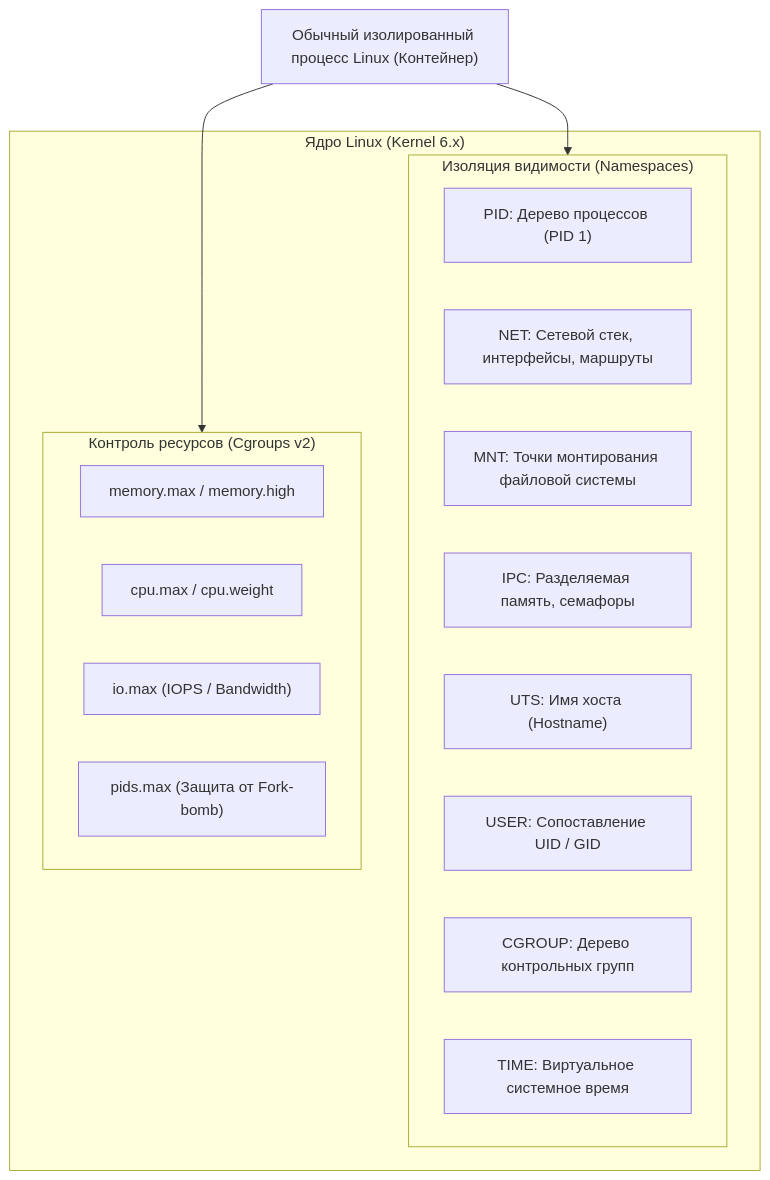
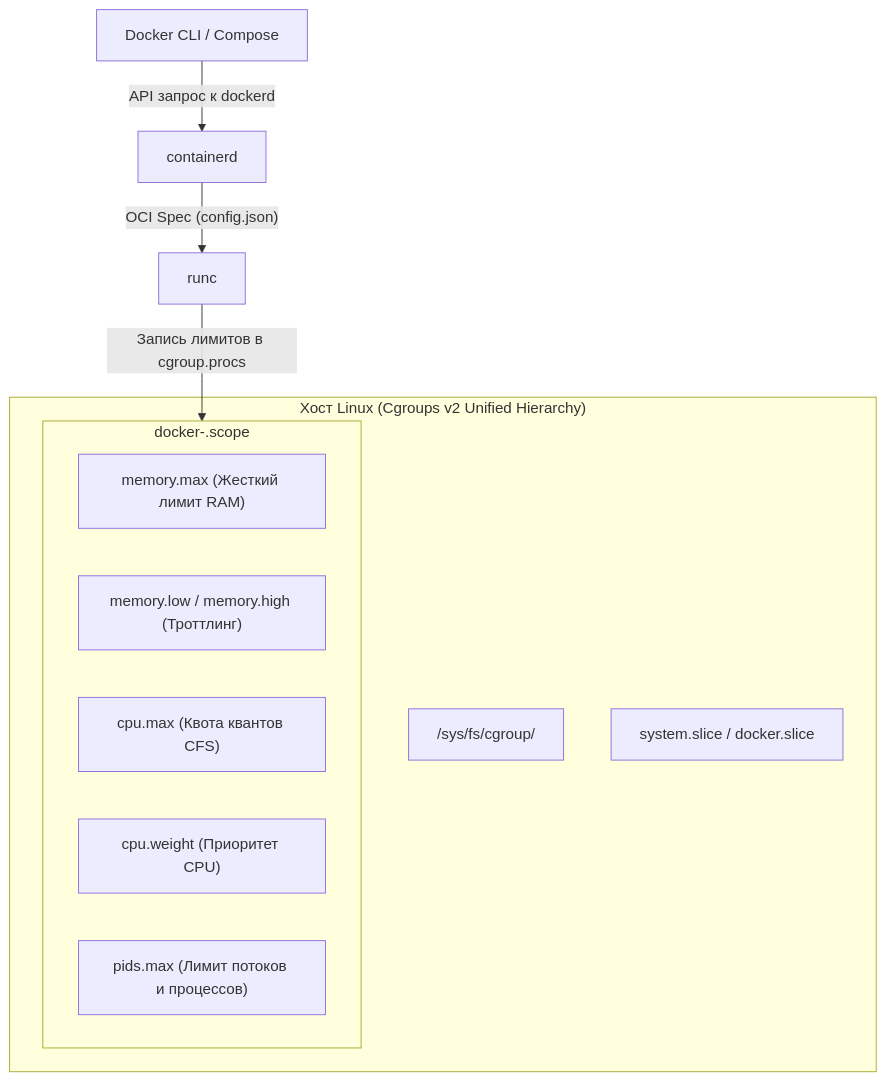
Before and after one commit to AndreyJVM/portfolio-service: the first of 2 diagrams in content/courses/docker-resources/01-cgroups-v2-memory-and-cpu-limits.md, drawn with Mermaid. The commit also changed other lines of this file and 5 other files, not shown here.

````diff
--- a/content/courses/docker-resources/01-cgroups-v2-memory-and-cpu-limits.md
+++ b/content/courses/docker-resources/01-cgroups-v2-memory-and-cpu-limits.md
@@ -24,25 +29,19 @@
 ```mermaid
 flowchart TD
-    subgraph Kernel["Ядро Linux (Kernel 6.x)"]
-        subgraph Namespaces["Изоляция видимости (Namespaces)"]
-            PID["PID: Дерево процессов (PID 1)"]
-            NET["NET: Сетевой стек, интерфейсы, маршруты"]
-            MNT["MNT: Точки монтирования файловой системы"]
-            IPC["IPC: Разделяемая память, семафоры"]
-            UTS["UTS: Имя хоста (Hostname)"]
-            USER["USER: Сопоставление UID / GID"]
-            CGROUP["CGROUP: Дерево контрольных групп"]
-            TIME["TIME: Виртуальное системное время"]
-        end
+    subgraph Host["Хост Linux (Cgroups v2 Unified Hierarchy)"]
+        SysRoot["/sys/fs/cgroup/"]
+        Slice["system.slice / docker.slice"]
         
-        subgraph Cgroups["Контроль ресурсов (Cgroups v2)"]
-            Mem["memory.max / memory.high"]
-            Cpu["cpu.max / cpu.weight"]
-            IO["io.max (IOPS / Bandwidth)"]
-            Pids["pids.max (Защита от Fork-bomb)"]
+        subgraph ContainerGroup["docker-<Container_ID>.scope"]
+            MemMax["memory.max (Жесткий лимит RAM)"]
+            MemLow["memory.low / memory.high (Троттлинг)"]
+            CpuMax["cpu.max (Квота квантов CFS)"]
+            CpuWeight["cpu.weight (Приоритет CPU)"]
+            PidsMax["pids.max (Лимит потоков и процессов)"]
         end
     end
 
-    App["Обычный изолированный процесс Linux (Контейнер)"] --> Namespaces
-    App --> Cgroups
+    DockerCLI["Docker CLI / Compose"] -->|"API запрос к dockerd"| Containerd["containerd"]
+    Containerd -->|"OCI Spec (config.json)"| Runc["runc"]
+    Runc -->|"Запись лимитов в cgroup.procs"| ContainerGroup
 ```
````
